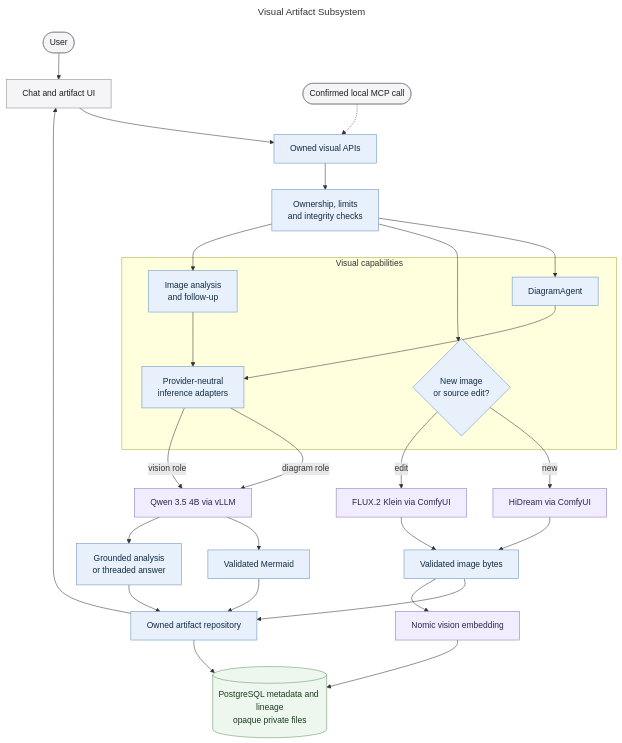
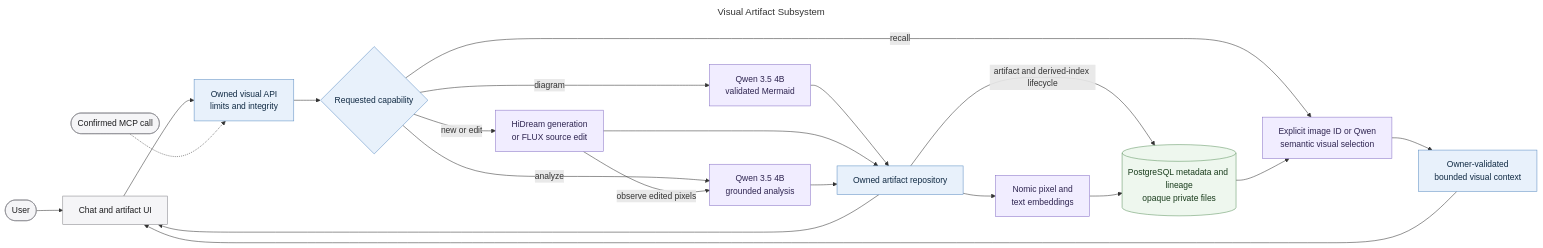
One commit to MallyaAni/PersonalAssistant changed the diagram in docs/diagrams/visual-artifact-subsystem.mmd. Above: the diagram before and after it, drawn with Mermaid. The commit also changed 66 other files, not shown here.

```diff
--- a/docs/diagrams/visual-artifact-subsystem.mmd
+++ b/docs/diagrams/visual-artifact-subsystem.mmd
@@ -1,49 +1,34 @@
 ---
 title: Visual Artifact Subsystem
 ---
-flowchart TB
+flowchart LR
     User([User]) --> UI[Chat and artifact UI]
-    UI --> API[Owned visual APIs]
-    MCP([Confirmed local MCP call]) -.-> API
-    API --> Ownership[Ownership, limits<br/>and integrity checks]
+    UI --> Guard[Owned visual API<br/>limits and integrity]
+    MCP([Confirmed MCP call]) -.-> Guard
+    Guard --> Route{Requested capability}
 
-    subgraph Capabilities[Visual capabilities]
-        Diagram[DiagramAgent]
-        Image{New image<br/>or source edit?}
-        Vision[Image analysis<br/>and follow-up]
-        Inference[Provider-neutral<br/>inference adapters]
-    end
+    Route -->|diagram| Diagram[Qwen 3.5 4B<br/>validated Mermaid]
+    Route -->|new or edit| Image[HiDream generation<br/>or FLUX source edit]
+    Route -->|analyze| Vision[Qwen 3.5 4B<br/>grounded analysis]
+    Route -->|recall| Recall[Explicit image ID or Qwen<br/>semantic visual selection]
 
-    Ownership --> Diagram
-    Ownership --> Image
-    Ownership --> Vision
-
-    Diagram --> Inference
-    Vision --> Inference
-    Inference -->|diagram role| Qwen[Qwen 3.5 4B via vLLM]
-    Inference -->|vision role| Qwen
-    Qwen --> Mermaid[Validated Mermaid]
-    Image -->|new| HiDream[HiDream via ComfyUI]
-    Image -->|edit| Flux[FLUX.2 Klein via ComfyUI]
-    HiDream --> Pixels[Validated image bytes]
-    Flux --> Pixels
-
-    Qwen --> Analysis[Grounded analysis<br/>or threaded answer]
-
-    Mermaid --> Repository[Owned artifact repository]
-    Pixels --> Repository
-    Analysis --> Repository
-    Repository --> Storage[(PostgreSQL metadata and lineage<br/>opaque private files)]
-    Pixels --> VisionEmbed[Nomic vision embedding]
-    VisionEmbed --> Storage
-
+    Diagram --> Repository[Owned artifact repository]
+    Image --> Repository
+    Image -->|observe edited pixels| Vision
+    Vision --> Repository
+    Repository -->|artifact and derived-index lifecycle| Store[(PostgreSQL metadata and lineage<br/>opaque private files)]
+    Repository --> Embed[Nomic pixel and<br/>text embeddings]
+    Embed --> Store
+    Store --> Recall
+    Recall --> Context[Owner-validated<br/>bounded visual context]
+    Context --> UI
     Repository --> UI
 
     classDef interface fill:#f5f5f7,stroke:#86868b,color:#1d1d1f;
     classDef application fill:#e8f1fb,stroke:#5e8fc4,color:#102a43;
     classDef data fill:#eef7ee,stroke:#5f9562,color:#183b1b;
     classDef external fill:#f1edff,stroke:#8872c6,color:#2e2450;
     class User,UI,MCP interface;
-    class API,Ownership,Diagram,Image,Vision,Inference,Mermaid,Pixels,Analysis,Repository application;
-    class Storage data;
-    class Qwen,HiDream,Flux,VisionEmbed external;
+    class Guard,Route,Repository,Context application;
+    class Store data;
+    class Diagram,Image,Vision,Recall,Embed external;
```
